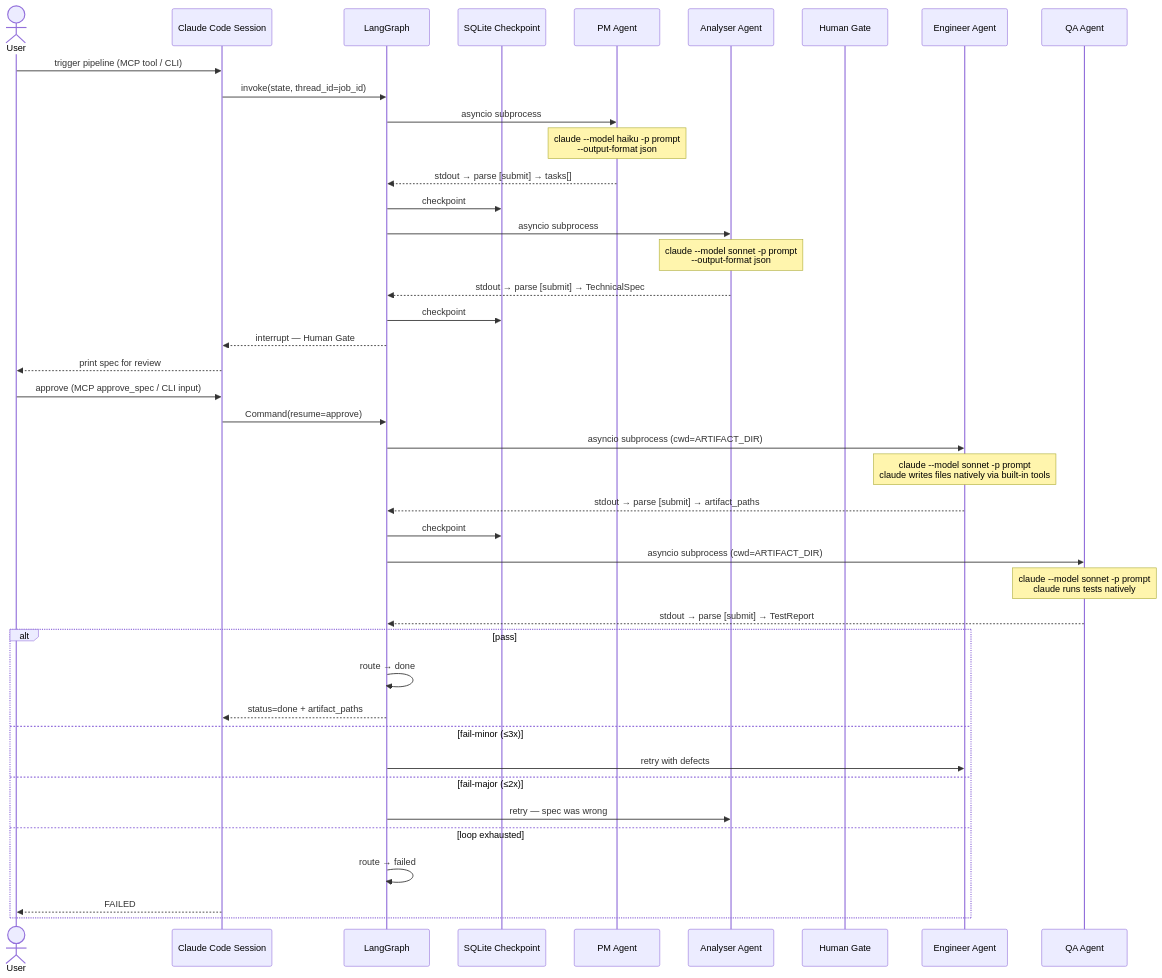
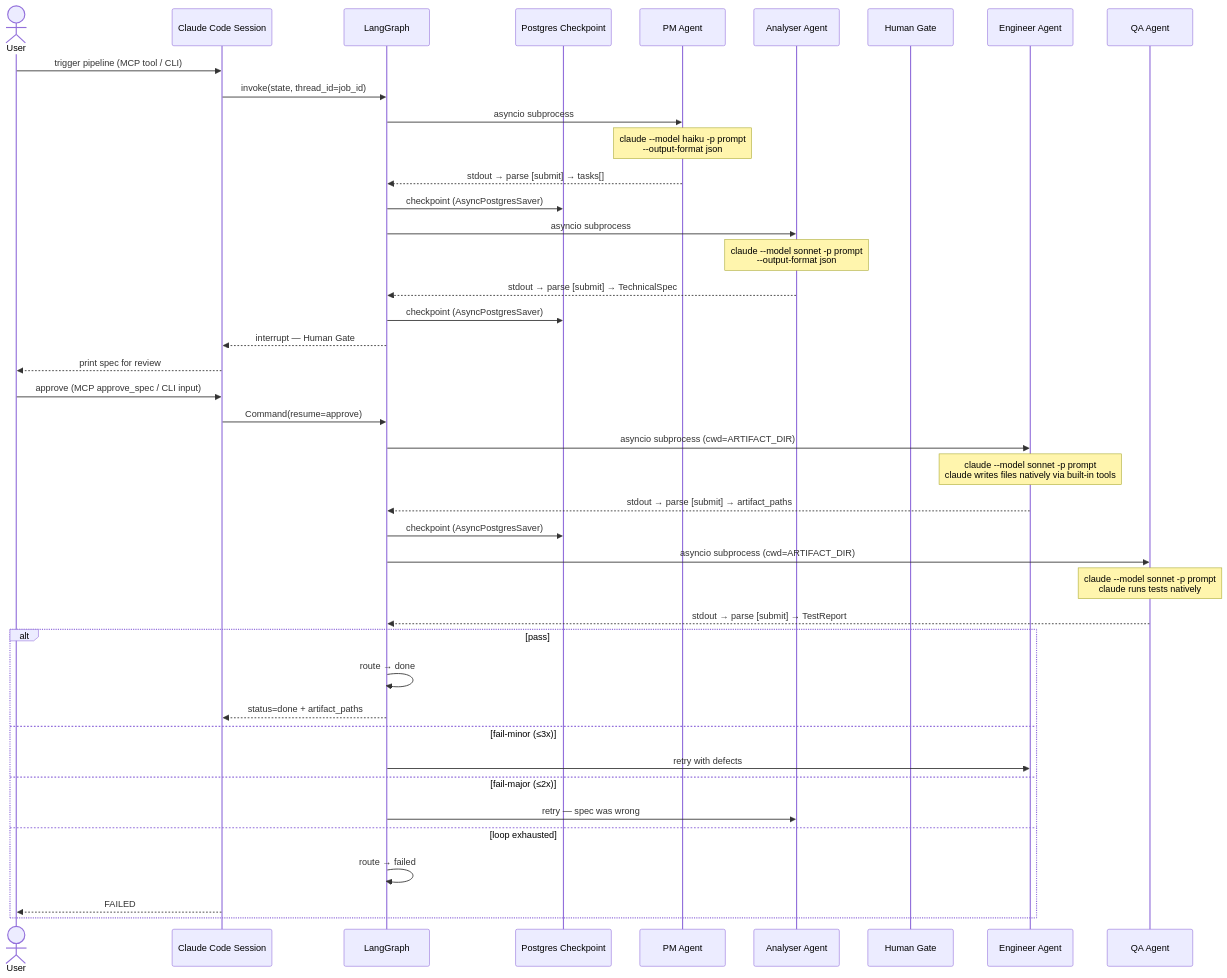
One commit to NguyenVietThuong2210/ai_orchestrator changed the third of 3 diagrams in SOLUTION.md. Above: the diagram before and after it, drawn with Mermaid. The commit also changed other lines of this file and 21 other files, not shown here.

````diff
--- a/SOLUTION.md
+++ b/SOLUTION.md
@@ -186,52 +193,52 @@
 ```mermaid
 sequenceDiagram
     actor User
     participant CC as Claude Code Session
     participant LG as LangGraph
-    participant CP as SQLite Checkpoint
+    participant CP as Postgres Checkpoint
     participant PM as PM Agent
     participant AN as Analyser Agent
     participant HG as Human Gate
     participant EN as Engineer Agent
     participant QA as QA Agent
 
     User->>CC: trigger pipeline (MCP tool / CLI)
     CC->>LG: invoke(state, thread_id=job_id)
 
     LG->>PM: asyncio subprocess
     Note over PM: claude --model haiku -p prompt<br/>--output-format json
     PM-->>LG: stdout → parse [submit] → tasks[]
-    LG->>CP: checkpoint
+    LG->>CP: checkpoint (AsyncPostgresSaver)
 
     LG->>AN: asyncio subprocess
     Note over AN: claude --model sonnet -p prompt<br/>--output-format json
     AN-->>LG: stdout → parse [submit] → TechnicalSpec
-    LG->>CP: checkpoint
+    LG->>CP: checkpoint (AsyncPostgresSaver)
 
     LG-->>CC: interrupt — Human Gate
     CC-->>User: print spec for review
 
     User->>CC: approve (MCP approve_spec / CLI input)
     CC->>LG: Command(resume=approve)
 
     LG->>EN: asyncio subprocess (cwd=ARTIFACT_DIR)
     Note over EN: claude --model sonnet -p prompt<br/>claude writes files natively via built-in tools
     EN-->>LG: stdout → parse [submit] → artifact_paths
-    LG->>CP: checkpoint
+    LG->>CP: checkpoint (AsyncPostgresSaver)
 
     LG->>QA: asyncio subprocess (cwd=ARTIFACT_DIR)
     Note over QA: claude --model sonnet -p prompt<br/>claude runs tests natively
     QA-->>LG: stdout → parse [submit] → TestReport
 
     alt pass
         LG->>LG: route → done
         LG-->>CC: status=done + artifact_paths
     else fail-minor (≤3x)
         LG->>EN: retry with defects
     else fail-major (≤2x)
         LG->>AN: retry — spec was wrong
     else loop exhausted
         LG->>LG: route → failed
         CC-->>User: FAILED
     end
 ```
````
